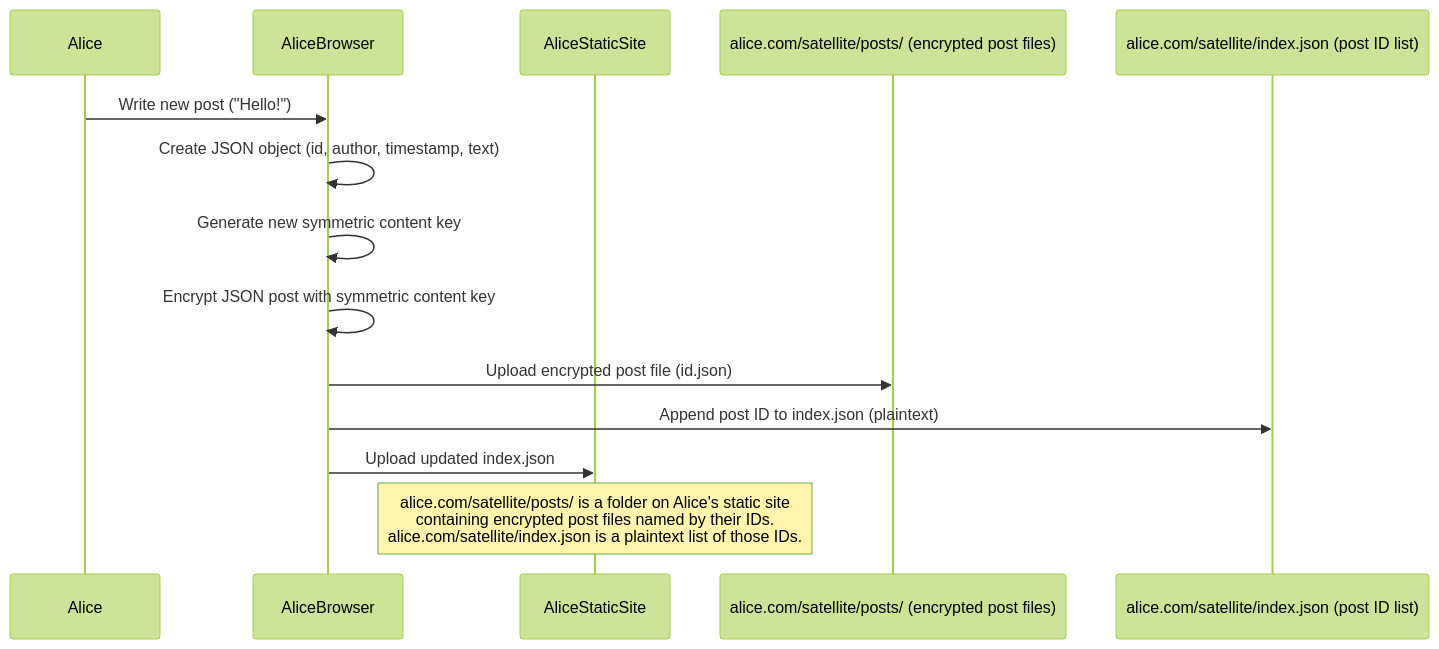
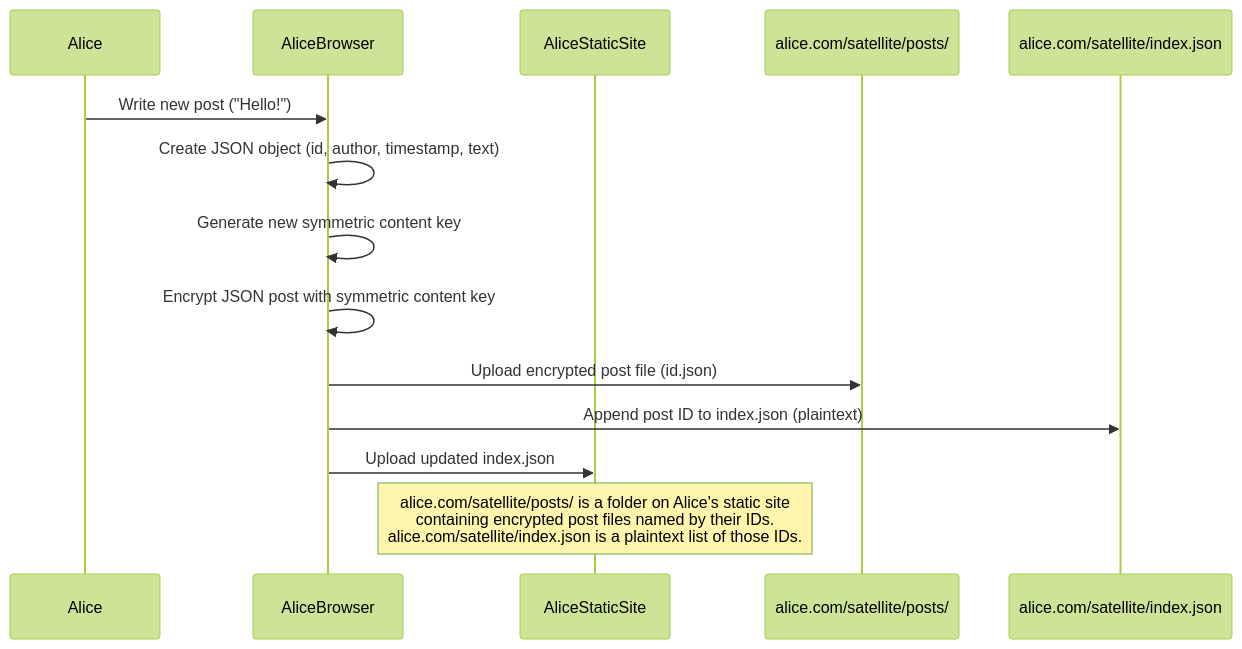
Before and after one commit to gargster/ELEC4712_Decentralised_Blog: the seventh of 12 diagrams in alternatives.md, drawn with Mermaid (forest theme). The commit also changed other lines of this file, not shown here.

Commit message:
minor naming changes

````diff
--- a/alternatives.md
+++ b/alternatives.md
@@ -131,18 +131,18 @@
 ```mermaid
 sequenceDiagram
     participant Alice
     participant AliceBrowser as AliceBrowser
     participant AliceSite as AliceStaticSite
-    participant PostsDir as alice.com/satellite/posts/ (encrypted post files)
-    participant IndexFile as alice.com/satellite/index.json (post ID list)
+    participant PostsDir as alice.com/satellite/posts/
+    participant IndexFile as alice.com/satellite/index.json
 
     Alice->>AliceBrowser: Write new post ("Hello!")
     AliceBrowser->>AliceBrowser: Create JSON object (id, author, timestamp, text)
     AliceBrowser->>AliceBrowser: Generate new symmetric content key
     AliceBrowser->>AliceBrowser: Encrypt JSON post with symmetric content key
     AliceBrowser->>PostsDir: Upload encrypted post file (id.json)
     AliceBrowser->>IndexFile: Append post ID to index.json (plaintext)
     AliceBrowser->>AliceSite: Upload updated index.json
 
     Note over AliceSite: alice.com/satellite/posts/ is a folder on Alice's static site<br>containing encrypted post files named by their IDs.<br>alice.com/satellite/index.json is a plaintext list of those IDs.
 ```
````
